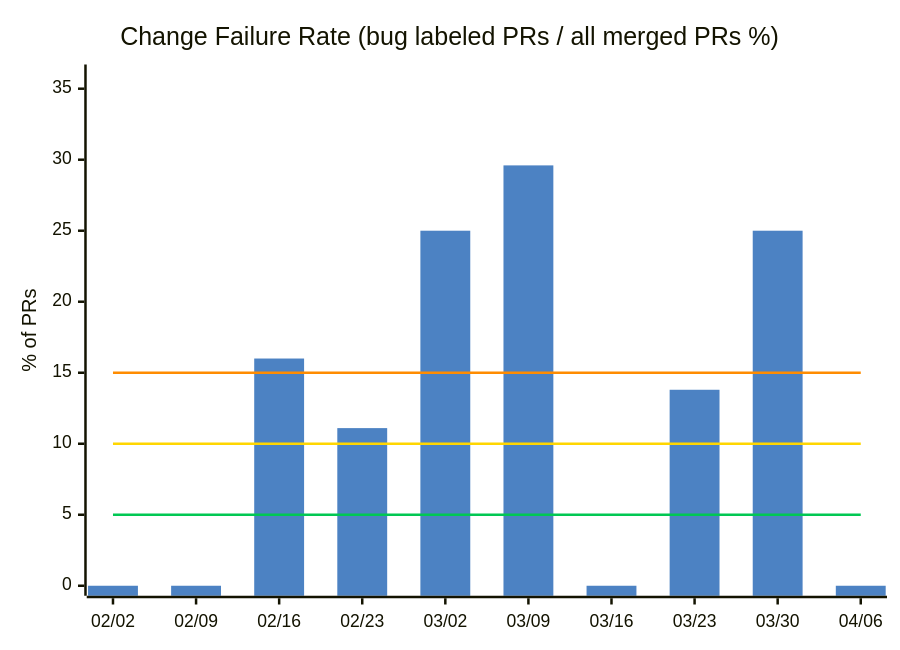
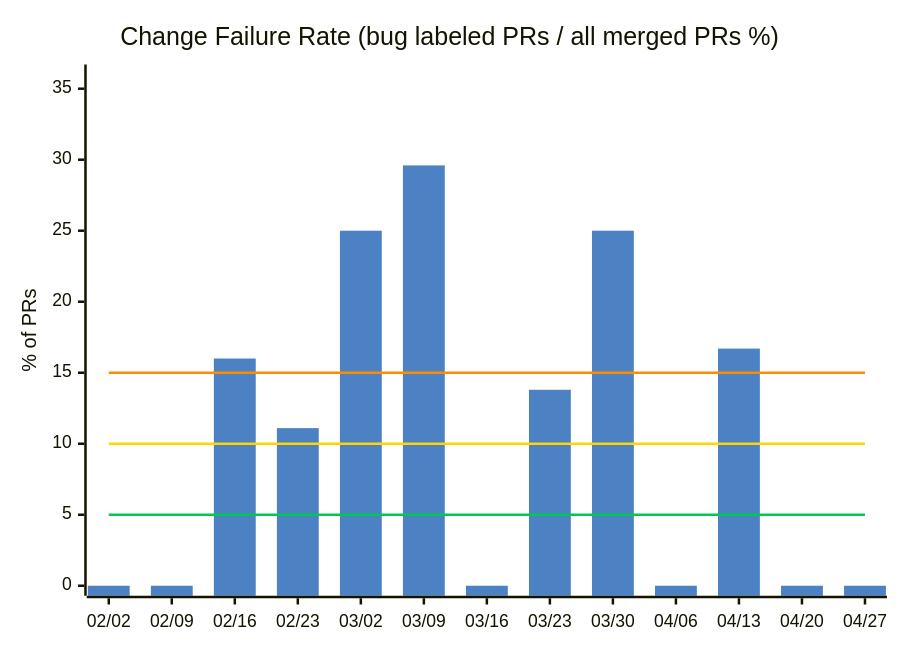
One commit to nablarch/nabledge-dev changed the third of 14 diagrams in docs/metrics.md. Above: the diagram before and after it, drawn with Mermaid. The commit also changed other lines of this file and 2 other files, not shown here.

````diff
--- a/docs/metrics.md
+++ b/docs/metrics.md
@@ -61,11 +61,11 @@
 ```mermaid
 %%{init: {'theme': 'base', 'themeVariables': {'xyChart': {'plotColorPalette': '#4C82C3,#00C853,#FFD600,#FF8C00'}}}}%%
 xychart-beta
   title "Change Failure Rate (bug labeled PRs / all merged PRs %)"
-  x-axis ["02/02", "02/09", "02/16", "02/23", "03/02", "03/09", "03/16", "03/23", "03/30", "04/06"]
+  x-axis ["02/02", "02/09", "02/16", "02/23", "03/02", "03/09", "03/16", "03/23", "03/30", "04/06", "04/13", "04/20", "04/27"]
   y-axis "% of PRs" 0 --> 36
-  bar [0, 0, 16, 11.1, 25, 29.6, 0, 13.8, 25, 0]
-  line [5, 5, 5, 5, 5, 5, 5, 5, 5, 5]
-  line [10, 10, 10, 10, 10, 10, 10, 10, 10, 10]
-  line [15, 15, 15, 15, 15, 15, 15, 15, 15, 15]
+  bar [0, 0, 16, 11.1, 25, 29.6, 0, 13.8, 25, 0, 16.7, 0, 0]
+  line [5, 5, 5, 5, 5, 5, 5, 5, 5, 5, 5, 5, 5]
+  line [10, 10, 10, 10, 10, 10, 10, 10, 10, 10, 10, 10, 10]
+  line [15, 15, 15, 15, 15, 15, 15, 15, 15, 15, 15, 15, 15]
 ```
````
